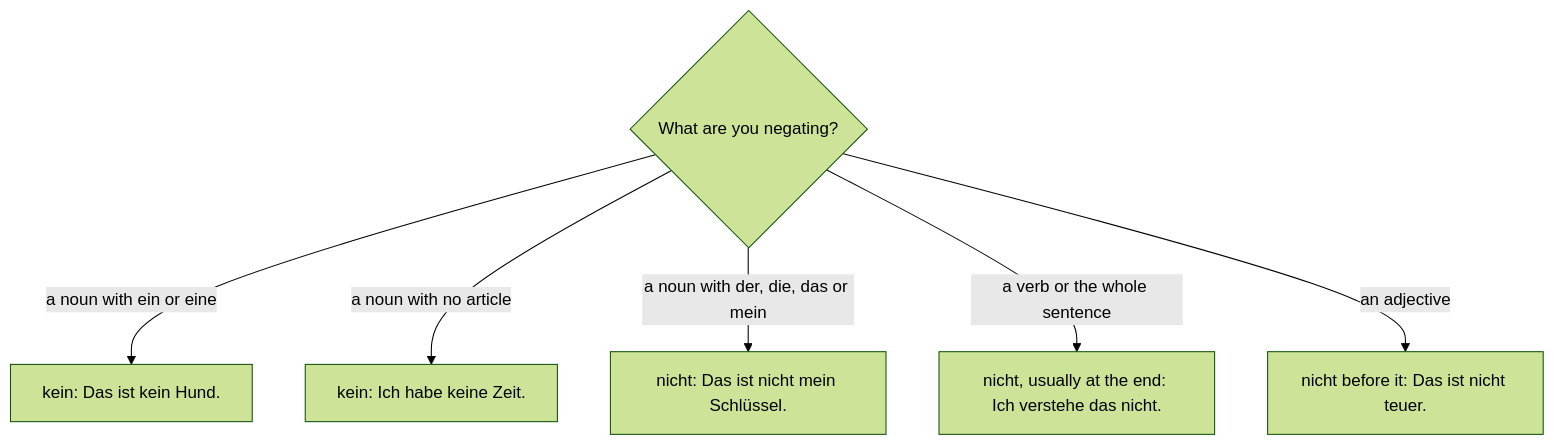
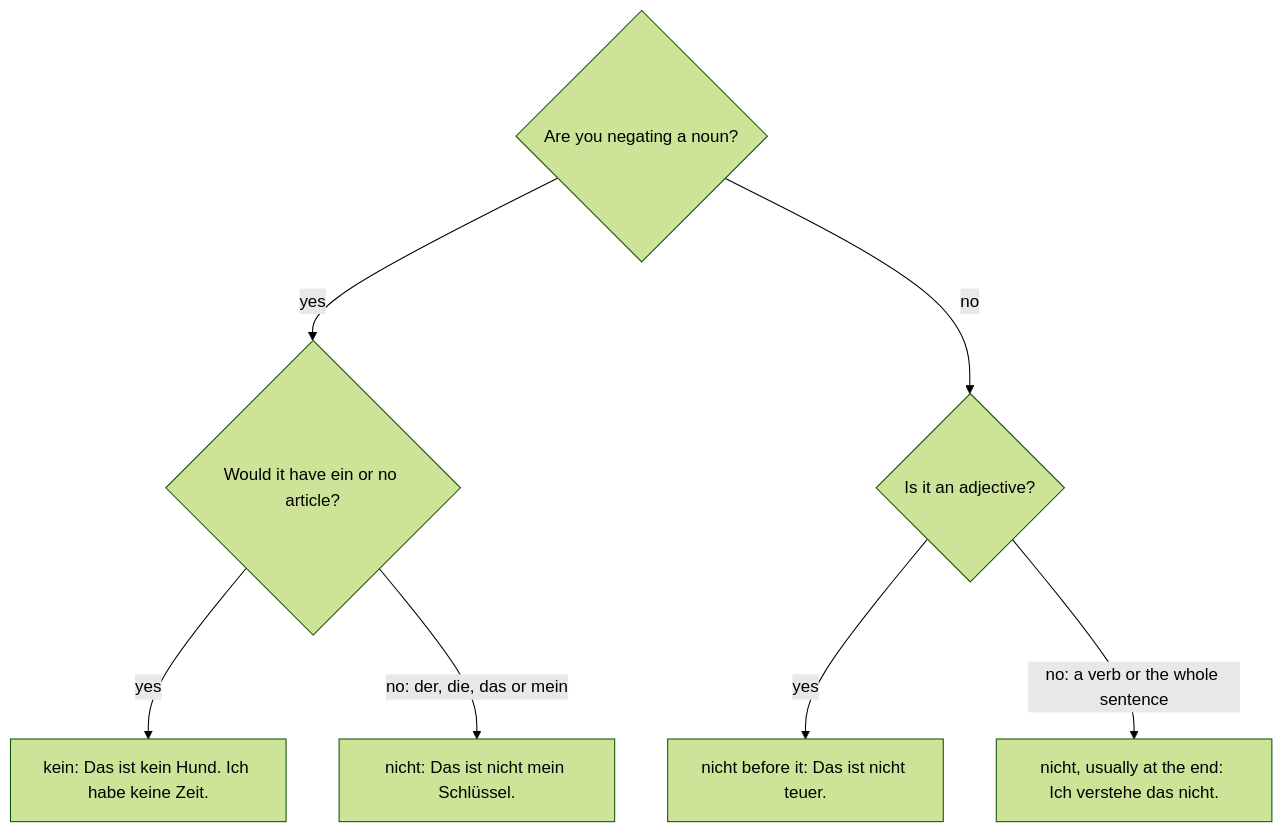
One commit to Aziliz/erudior changed the diagram in content/languages/german-a1/lessons/08-describing.md. Above: the diagram before and after it, drawn with Mermaid (forest theme). The commit also changed 29 other files, not shown here.

````diff
--- a/content/languages/german-a1/lessons/08-describing.md
+++ b/content/languages/german-a1/lessons/08-describing.md
@@ -154,10 +154,11 @@
 ```mermaid
 flowchart TD
   accTitle: Choosing kein or nicht
   accDescr: Ask what you are negating. A noun that would have ein or eine takes kein or keine, as in Das ist kein Hund. A noun with no article also takes kein, as in Ich habe keine Zeit. A noun with der, die, das or a possessive takes nicht, as in Das ist nicht mein Schlüssel. A verb or the whole sentence takes nicht, usually at the end, as in Ich verstehe das nicht. An adjective takes nicht right before it, as in Das ist nicht teuer.
-  A{"What are you negating?"} -- "a noun with ein or eine" --> K1["kein: Das ist kein Hund."]
-  A -- "a noun with no article" --> K2["kein: Ich habe keine Zeit."]
-  A -- "a noun with der, die, das or mein" --> N1["nicht: Das ist nicht mein Schlüssel."]
-  A -- "a verb or the whole sentence" --> N2["nicht, usually at the end: Ich verstehe das nicht."]
-  A -- "an adjective" --> N3["nicht before it: Das ist nicht teuer."]
+  A{"Are you negating a noun?"} -- yes --> B{"Would it have ein or no article?"}
+  B -- yes --> K["kein: Das ist kein Hund. Ich habe keine Zeit."]
+  B -- "no: der, die, das or mein" --> N1["nicht: Das ist nicht mein Schlüssel."]
+  A -- no --> C{"Is it an adjective?"}
+  C -- yes --> N3["nicht before it: Das ist nicht teuer."]
+  C -- "no: a verb or the whole sentence" --> N2["nicht, usually at the end: Ich verstehe das nicht."]
 ```
````
